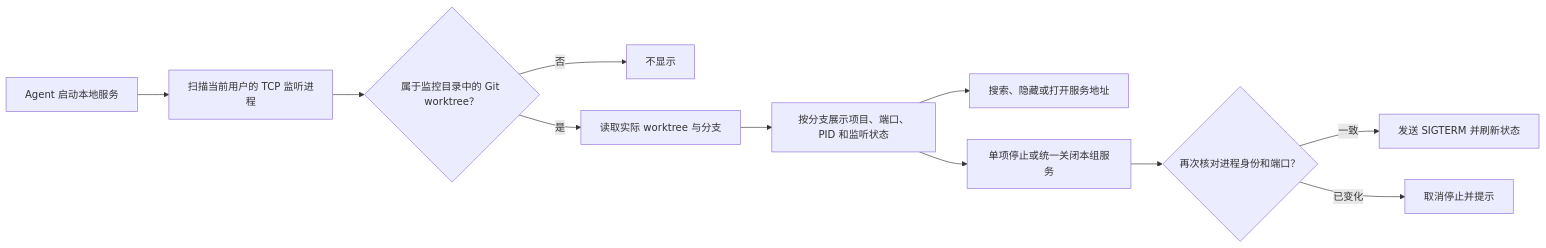
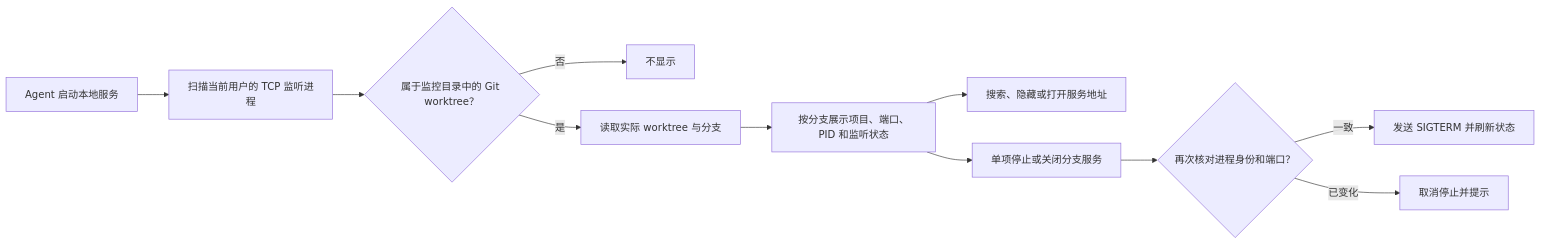
The diagram in README.md (KelvinFanXian/Komo), drawn with Mermaid before and after one commit. The commit also changed other lines of this file and 4 other files, not shown here.

````diff
--- a/README.md
+++ b/README.md
@@ -19,13 +19,13 @@
 ```mermaid
 flowchart LR
     A["Agent 启动本地服务"] --> B["扫描当前用户的 TCP 监听进程"]
     B --> C{"属于监控目录中的 Git worktree？"}
     C -- "否" --> X["不显示"]
     C -- "是" --> D["读取实际 worktree 与分支"]
     D --> E["按分支展示项目、端口、PID 和监听状态"]
     E --> F["搜索、隐藏或打开服务地址"]
-    E --> G["单项停止或统一关闭本组服务"]
+    E --> G["单项停止或关闭分支服务"]
     G --> H{"再次核对进程身份和端口？"}
     H -- "一致" --> I["发送 SIGTERM 并刷新状态"]
     H -- "已变化" --> J["取消停止并提示"]
 ```
````
